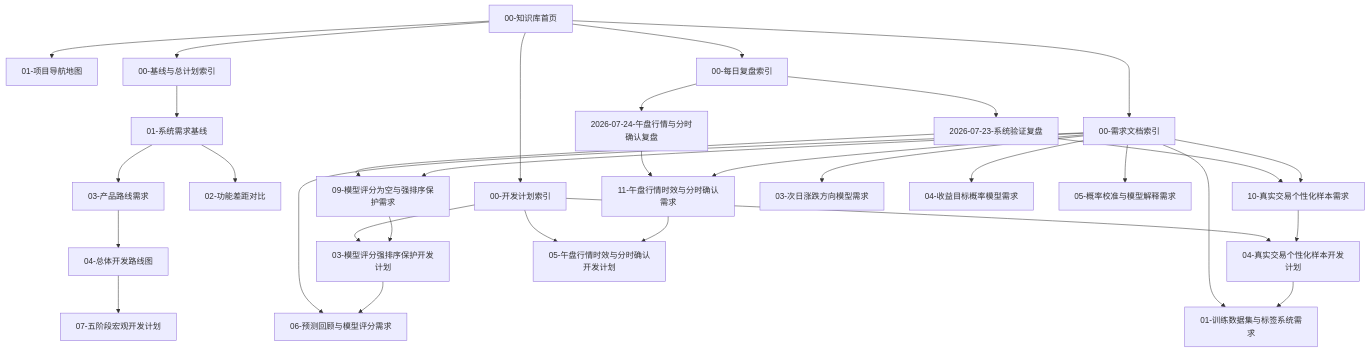
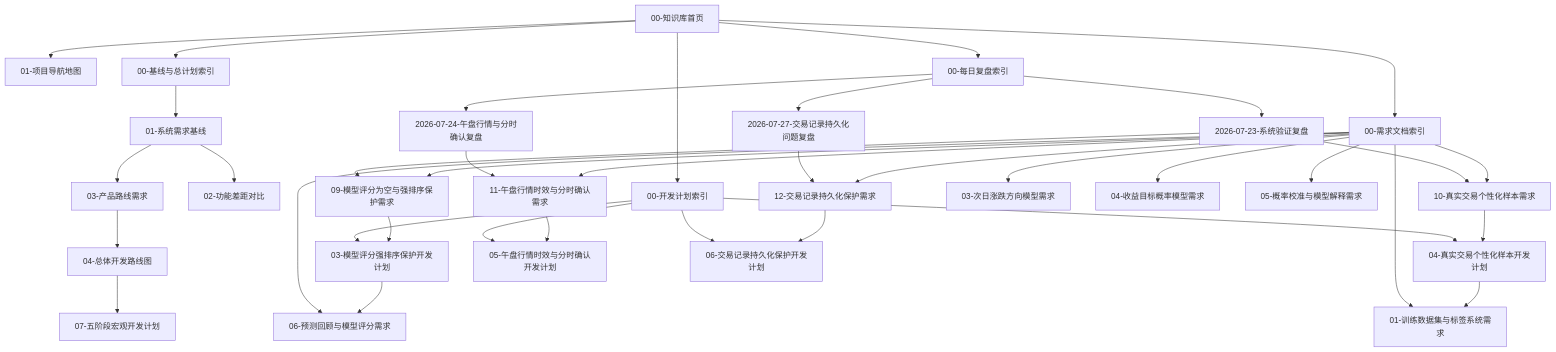
The diagram in obsidian-vault/00-系统入口/05-知识图谱关系索引.md (ixiaoxinxin/t_trade_system), drawn with Mermaid before and after one commit. The commit also changed 17 other files, not shown here.

````diff
--- a/obsidian-vault/00-系统入口/05-知识图谱关系索引.md
+++ b/obsidian-vault/00-系统入口/05-知识图谱关系索引.md
@@ -26,38 +26,43 @@
 ```mermaid
 flowchart TD
     A["00-知识库首页"] --> B["01-项目导航地图"]
     A --> C["00-基线与总计划索引"]
     A --> D["00-每日复盘索引"]
     A --> E["00-需求文档索引"]
     A --> F["00-开发计划索引"]
 
     C --> C1["01-系统需求基线"]
     C1 --> C2["02-功能差距对比"]
     C1 --> C3["03-产品路线需求"]
     C3 --> C4["04-总体开发路线图"]
     C4 --> C5["07-五阶段宏观开发计划"]
 
     D --> D1["2026-07-23-系统验证复盘"]
     D --> D2["2026-07-24-午盘行情与分时确认复盘"]
+    D --> D3["2026-07-27-交易记录持久化问题复盘"]
     D1 --> E9["09-模型评分为空与强排序保护需求"]
     D1 --> E10["10-真实交易个性化样本需求"]
     D2 --> E11["11-午盘行情时效与分时确认需求"]
+    D3 --> E12["12-交易记录持久化保护需求"]
 
     E --> E1["01-训练数据集与标签系统需求"]
     E --> E3["03-次日涨跌方向模型需求"]
     E --> E4["04-收益目标概率模型需求"]
     E --> E5["05-概率校准与模型解释需求"]
     E --> E6["06-预测回顾与模型评分需求"]
     E --> E9
     E --> E10
     E --> E11
+    E --> E12
 
     F --> F3["03-模型评分强排序保护开发计划"]
     F --> F4["04-真实交易个性化样本开发计划"]
     F --> F5["05-午盘行情时效与分时确认开发计划"]
+    F --> F6["06-交易记录持久化保护开发计划"]
     E9 --> F3
     E10 --> F4
     E11 --> F5
+    E12 --> F6
     F3 --> E6
     F4 --> E1
 ```
````
